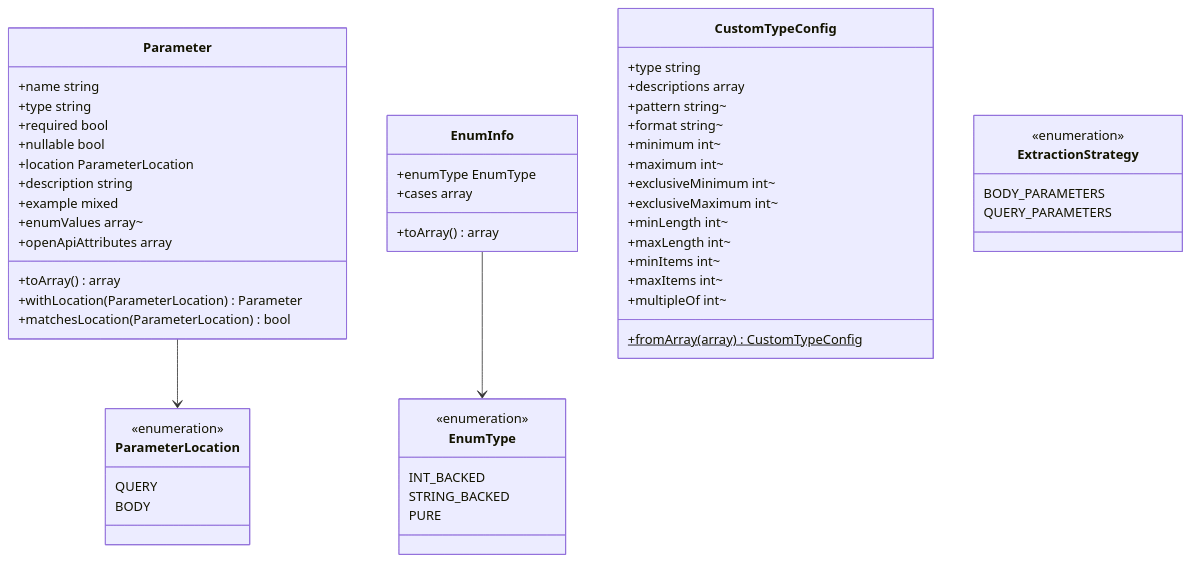
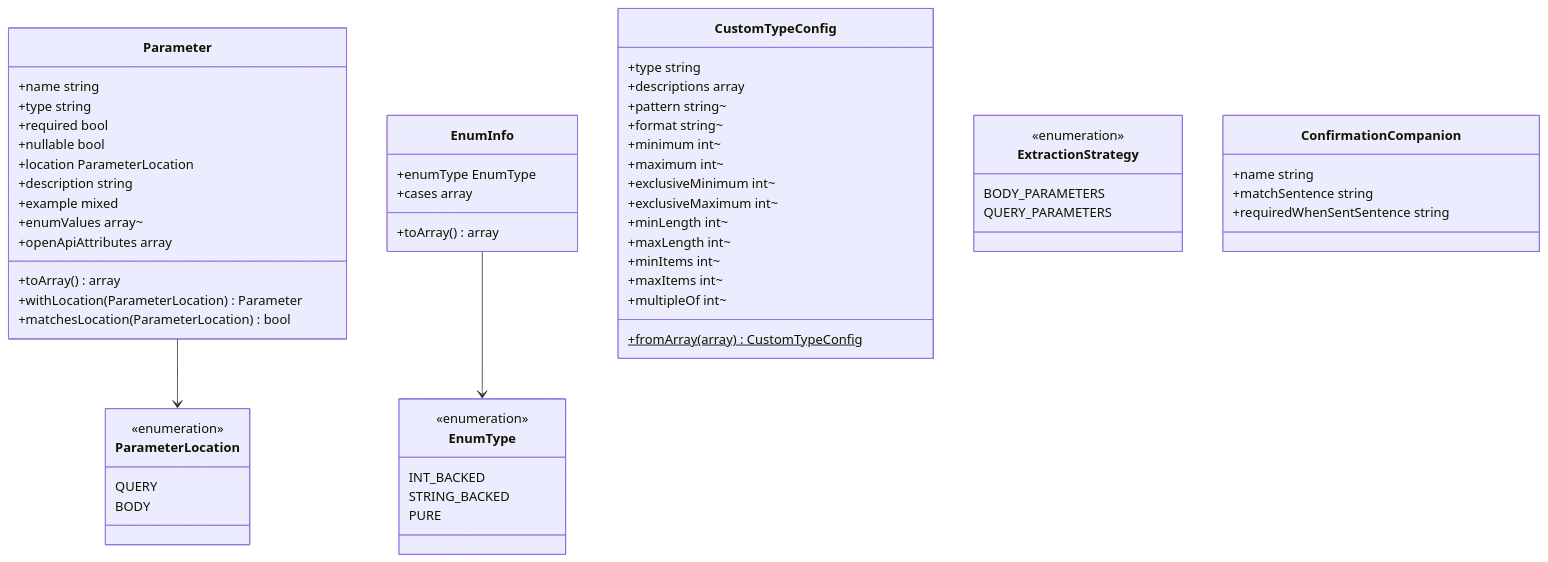
One commit to abrhadev/laravel-data-docs changed the diagram in spdd/prompt/LDD-202608281600-[Canvas]-vo-documentation-records.md. Above: the diagram before and after it, drawn with Mermaid. The commit also changed other lines of this file and 45 other files, not shown here.

````diff
--- a/spdd/prompt/LDD-202608281600-[Canvas]-vo-documentation-records.md
+++ b/spdd/prompt/LDD-202608281600-[Canvas]-vo-documentation-records.md
@@ -18,62 +19,68 @@
 ```mermaid
 classDiagram
     class Parameter {
         +name string
         +type string
         +required bool
         +nullable bool
         +location ParameterLocation
         +description string
         +example mixed
         +enumValues array~
         +openApiAttributes array
         +toArray() array
         +withLocation(ParameterLocation) Parameter
         +matchesLocation(ParameterLocation) bool
     }
 
     class ParameterLocation {
         <<enumeration>>
         QUERY
         BODY
     }
 
     class EnumType {
         <<enumeration>>
         INT_BACKED
         STRING_BACKED
         PURE
     }
 
     class EnumInfo {
         +enumType EnumType
         +cases array
         +toArray() array
     }
 
     class CustomTypeConfig {
         +type string
         +descriptions array
         +pattern string~
         +format string~
         +minimum int~
         +maximum int~
         +exclusiveMinimum int~
         +exclusiveMaximum int~
         +minLength int~
         +maxLength int~
         +minItems int~
         +maxItems int~
         +multipleOf int~
         +fromArray(array) CustomTypeConfig$
     }
 
     class ExtractionStrategy {
         <<enumeration>>
         BODY_PARAMETERS
         QUERY_PARAMETERS
     }
 
+    class ConfirmationCompanion {
+        +name string
+        +matchSentence string
+        +requiredWhenSentSentence string
+    }
+
     Parameter --> ParameterLocation
     EnumInfo --> EnumType
 ```
````
